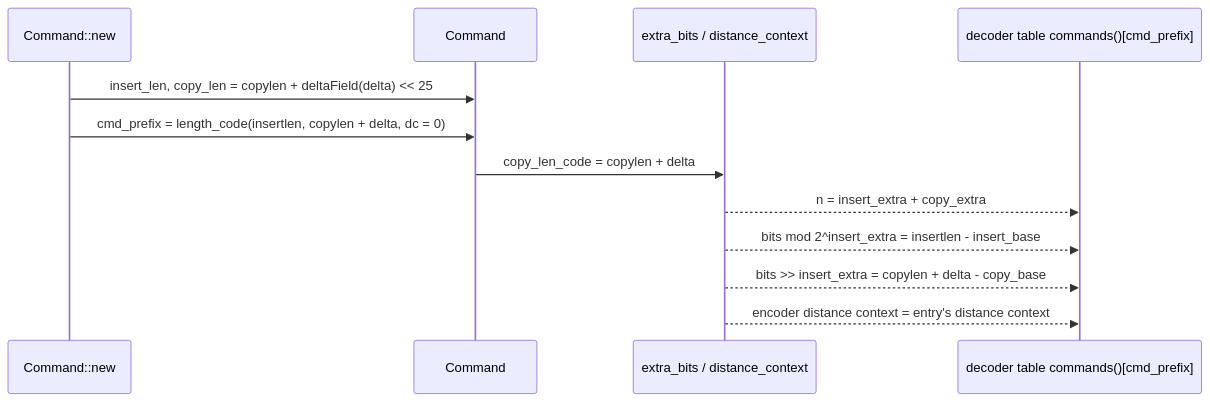
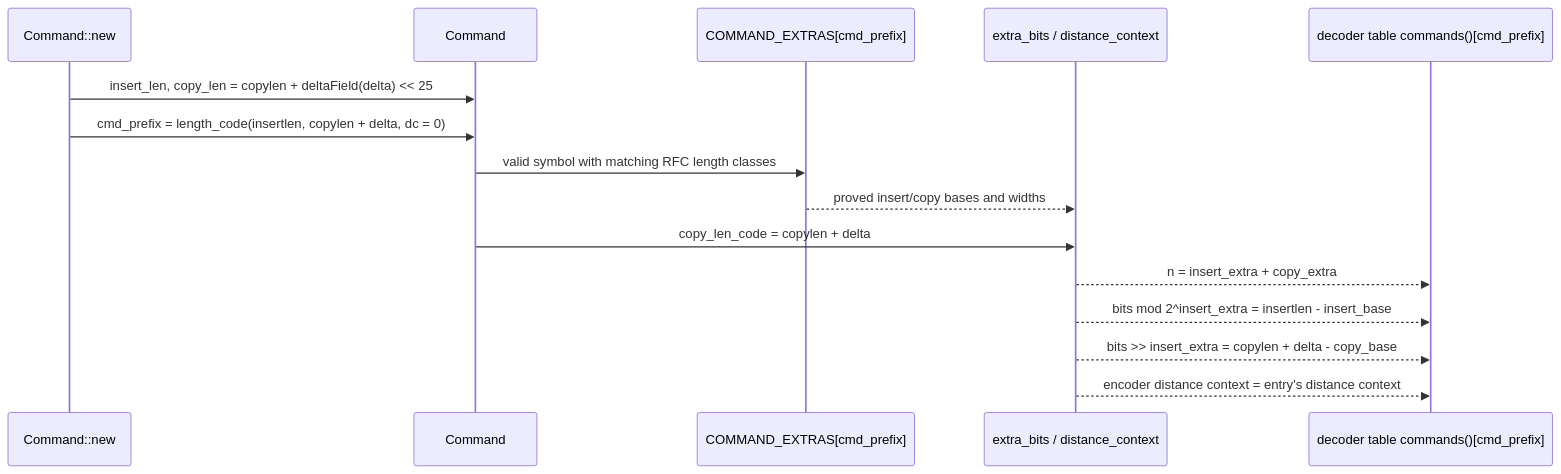
One commit to M-Compressors/mbrotli changed the seventh of 8 diagrams in architecture/formal-verification.md. Above: the diagram before and after it, drawn with Mermaid. The commit also changed other lines of this file and 186 other files, not shown here.

````diff
--- a/architecture/formal-verification.md
+++ b/architecture/formal-verification.md
@@ -343,14 +368,17 @@
 ```mermaid
 sequenceDiagram
     participant N as Command::new
     participant C as Command
+    participant P as COMMAND_EXTRAS[cmd_prefix]
     participant X as extra_bits / distance_context
     participant T as decoder table commands()[cmd_prefix]
     N->>C: insert_len, copy_len = copylen + deltaField(delta) << 25
     N->>C: cmd_prefix = length_code(insertlen, copylen + delta, dc = 0)
+    C->>P: valid symbol with matching RFC length classes
+    P-->>X: proved insert/copy bases and widths
     C->>X: copy_len_code = copylen + delta
     X-->>T: n = insert_extra + copy_extra
     X-->>T: bits mod 2^insert_extra = insertlen - insert_base
     X-->>T: bits >> insert_extra = copylen + delta - copy_base
     X-->>T: encoder distance context = entry's distance context
 ```
````
